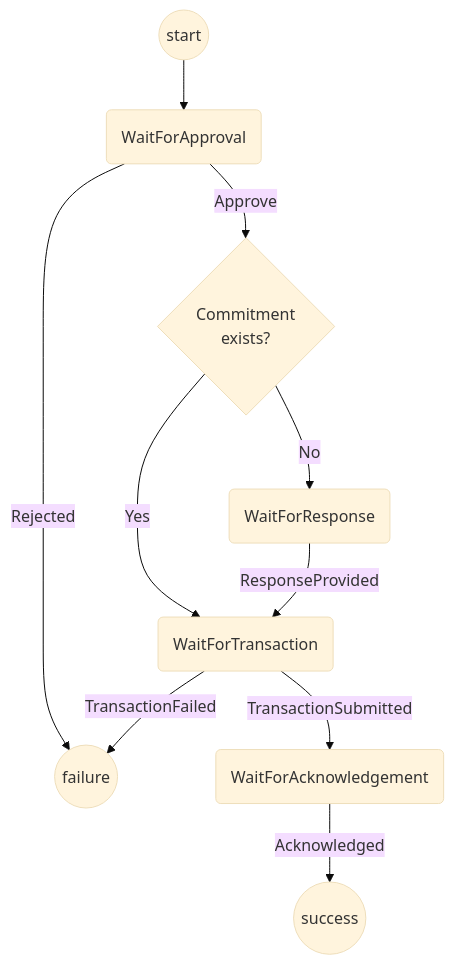
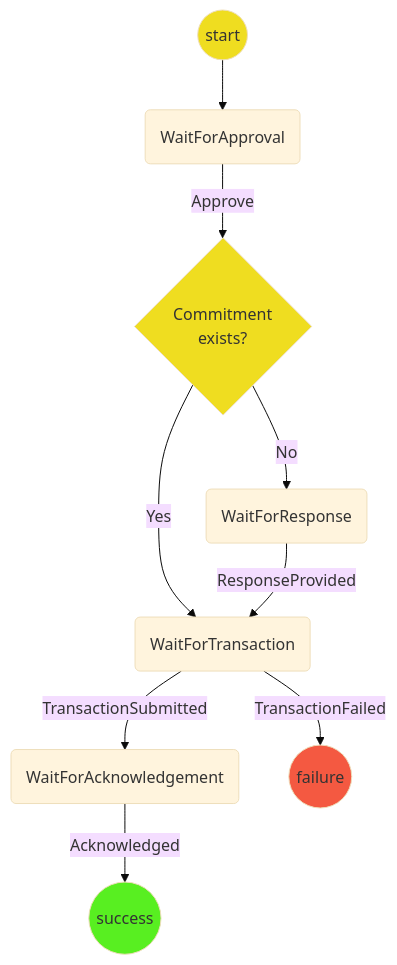
The diagram in packages/wallet/src/redux/protocols/responding/readme.md (magmo/apps), drawn with Mermaid (base theme) before and after one commit. The commit also changed other lines of this file and 8 other files, not shown here.

````diff
--- a/packages/wallet/src/redux/protocols/responding/readme.md
+++ b/packages/wallet/src/redux/protocols/responding/readme.md
@@ -19,12 +19,17 @@
 ```mermaid
 graph TD
+linkStyle default interpolate basis
   St((start)) --> WFAp(WaitForApproval)
   WFAp--> |Approve| HC{Commitment<br/>exists?}
   HC --> |Yes| WFT(WaitForTransaction)
   HC --> |No| WFR(WaitForResponse)
   WFR-->|ResponseProvided| WFT(WaitForTransaction)
-  WFAp-->|Rejected| F((failure))
   WFT --> |TransactionSubmitted| WFAc(WaitForAcknowledgement)
   WFAc-->|Acknowledged| S((success))
   WFT --> |TransactionFailed| F((failure))
+
+  style St  fill:#efdd20
+  style HC  fill:#efdd20
+  style S fill:#58ef21
+  style F  fill:#f45941
 ```
````
